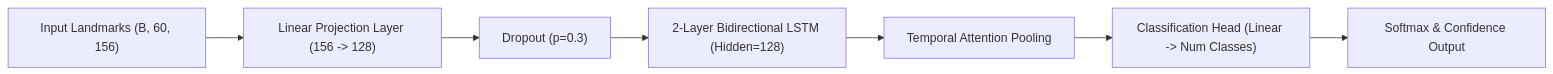
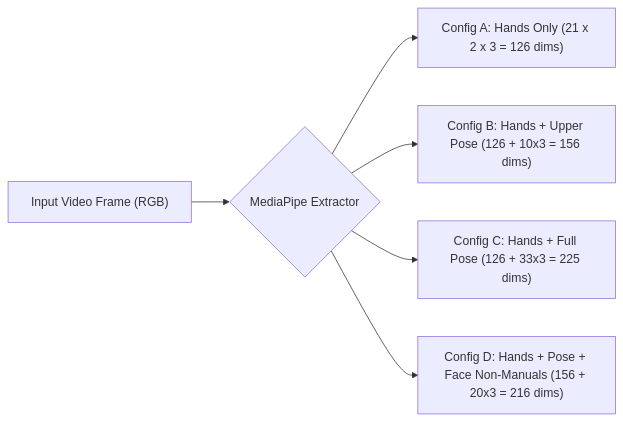
One commit to sengarbhoomi22-bot/SignBridge-Ai changed the fourth of 5 diagrams in docs/implementation-plan/04-dataset-and-ml-plan.md. Above: the diagram before and after it, drawn with Mermaid. The commit also changed other lines of this file and 5 other files, not shown here.

````diff
--- a/docs/implementation-plan/04-dataset-and-ml-plan.md
+++ b/docs/implementation-plan/04-dataset-and-ml-plan.md
@@ -122,9 +169,8 @@
 ```mermaid
 flowchart LR
-    Input["Input Landmarks (B, 60, 156)"] --> Linear["Linear Projection Layer (156 -> 128)"]
-    Linear --> Dropout["Dropout (p=0.3)"]
-    Dropout --> BiLSTM["2-Layer Bidirectional LSTM (Hidden=128)"]
-    BiLSTM --> Attention["Temporal Attention Pooling"]
-    Attention --> Classifier["Classification Head (Linear -> Num Classes)"]
-    Classifier --> Softmax["Softmax & Confidence Output"]
+    Frame["Input Video Frame (RGB)"] --> MP{"MediaPipe Extractor"}
+    MP --> ConfigA["Config A: Hands Only (21 x 2 x 3 = 126 dims)"]
+    MP --> ConfigB["Config B: Hands + Upper Pose (126 + 10x3 = 156 dims)"]
+    MP --> ConfigC["Config C: Hands + Full Pose (126 + 33x3 = 225 dims)"]
+    MP --> ConfigD["Config D: Hands + Pose + Face Non-Manuals (156 + 20x3 = 216 dims)"]
 ```
````
